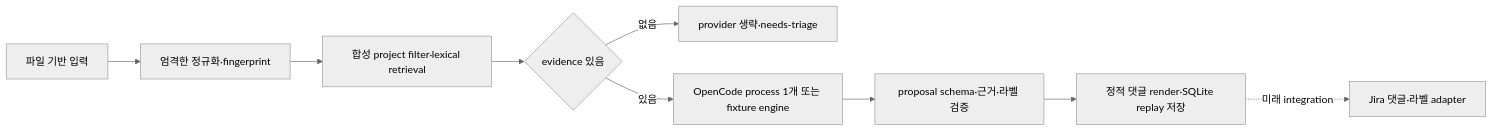
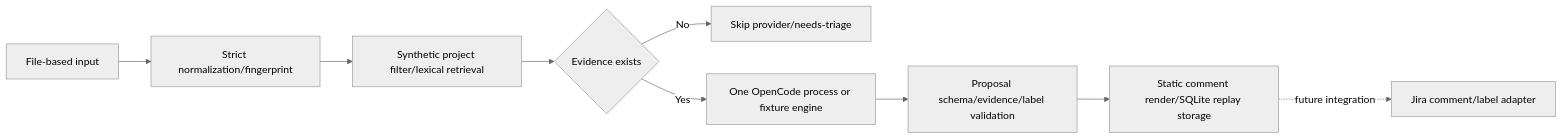
One commit to hjung3113/jira-voc-nexus changed the diagram in docs/ARCHITECTURE.md. Above: the diagram before and after it, drawn with Mermaid (neutral theme). The commit also changed other lines of this file and 14 other files, not shown here.

````diff
--- a/docs/ARCHITECTURE.md
+++ b/docs/ARCHITECTURE.md
@@ -5,11 +5,11 @@
 ```mermaid
 flowchart LR
-    A[파일 기반 입력] --> B[엄격한 정규화·fingerprint]
-    B --> C[합성 project filter·lexical retrieval]
-    C --> D{evidence 있음}
-    D -->|없음| E[provider 생략·needs-triage]
-    D -->|있음| F[OpenCode process 1개 또는 fixture engine]
-    F --> G[proposal schema·근거·라벨 검증]
-    G --> H[정적 댓글 render·SQLite replay 저장]
-    H -. 미래 integration .-> I[Jira 댓글·라벨 adapter]
+    A[File-based input] --> B[Strict normalization/fingerprint]
+    B --> C[Synthetic project filter/lexical retrieval]
+    C --> D{Evidence exists}
+    D -->|No| E[Skip provider/needs-triage]
+    D -->|Yes| F[One OpenCode process or fixture engine]
+    F --> G[Proposal schema/evidence/label validation]
+    G --> H[Static comment render/SQLite replay storage]
+    H -. future integration .-> I[Jira comment/label adapter]
 ```
````
